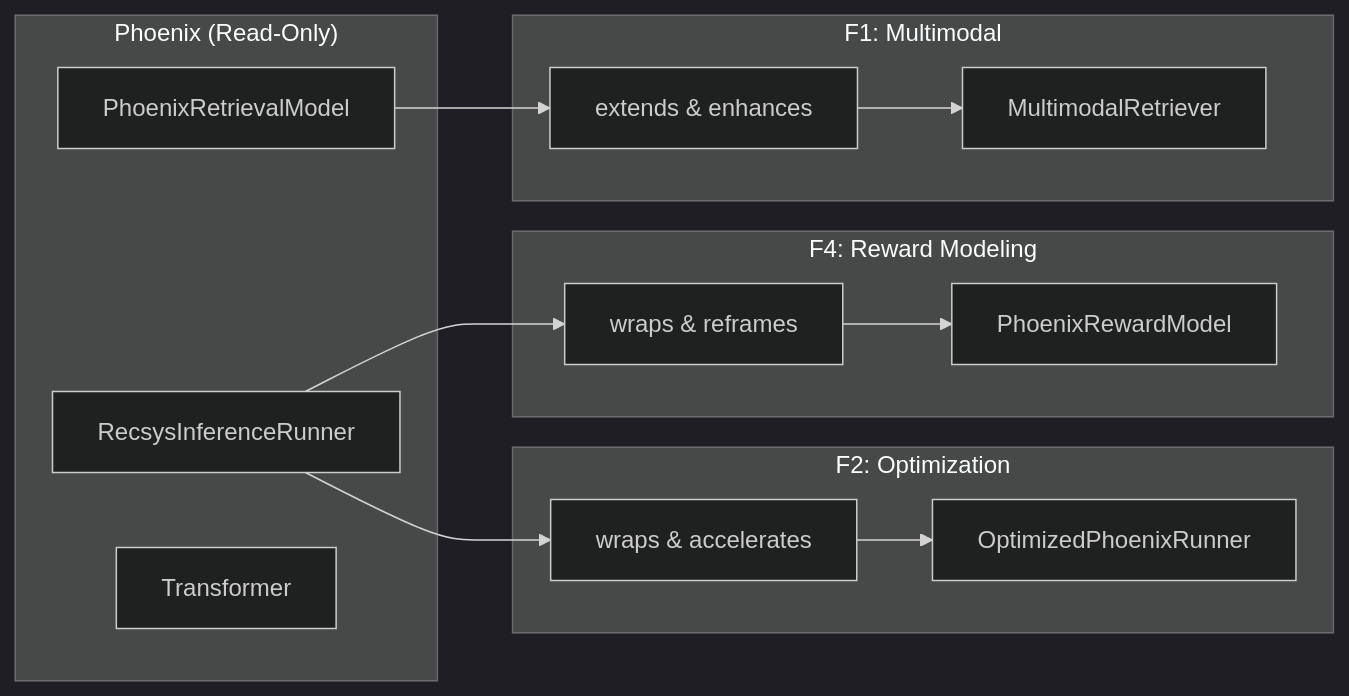
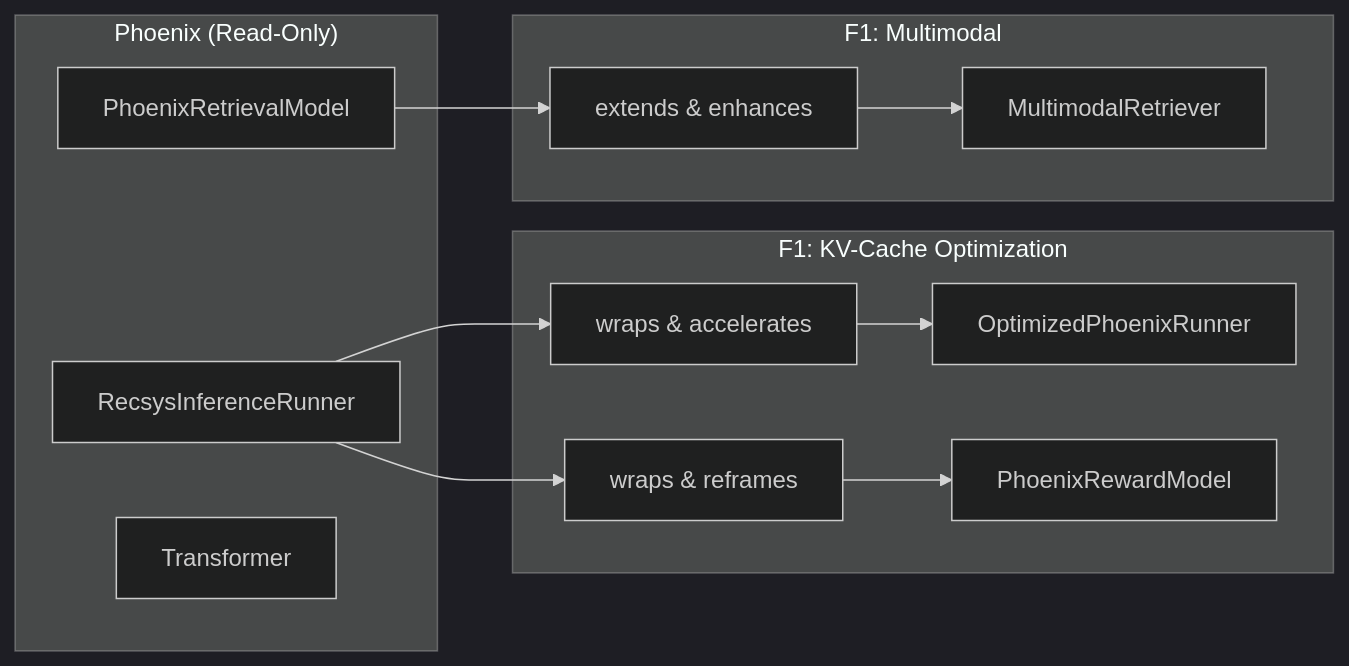
The third of 24 diagrams in docs/design_doc.md (kar-ganap/x-algorithm-enhancements), drawn with Mermaid (dark theme) before and after one commit. The commit also changed other lines of this file and 43 other files, not shown here.

First line of the commit message:
refactor: rename F2→F1 (optimization) and F4→F2 (reward modeling)

````diff
--- a/docs/design_doc.md
+++ b/docs/design_doc.md
@@ -96,27 +96,27 @@
 ```mermaid
 graph LR
     subgraph Original["Phoenix (Read-Only)"]
         A["RecsysInferenceRunner"]
         B["PhoenixRetrievalModel"]
         C["Transformer"]
     end
 
-    subgraph F2["F2: Optimization"]
+    subgraph F2["F1: KV-Cache Optimization"]
         D["OptimizedPhoenixRunner"]
         E["wraps & accelerates"]
     end
 
-    subgraph F4["F4: Reward Modeling"]
+    subgraph F2["F2: Reward Modeling"]
         F["PhoenixRewardModel"]
         G["wraps & reframes"]
     end
 
     subgraph F1["F1: Multimodal"]
         H["MultimodalRetriever"]
         I["extends & enhances"]
     end
 
     A --> E --> D
     A --> G --> F
     B --> I --> H
 ```
````
